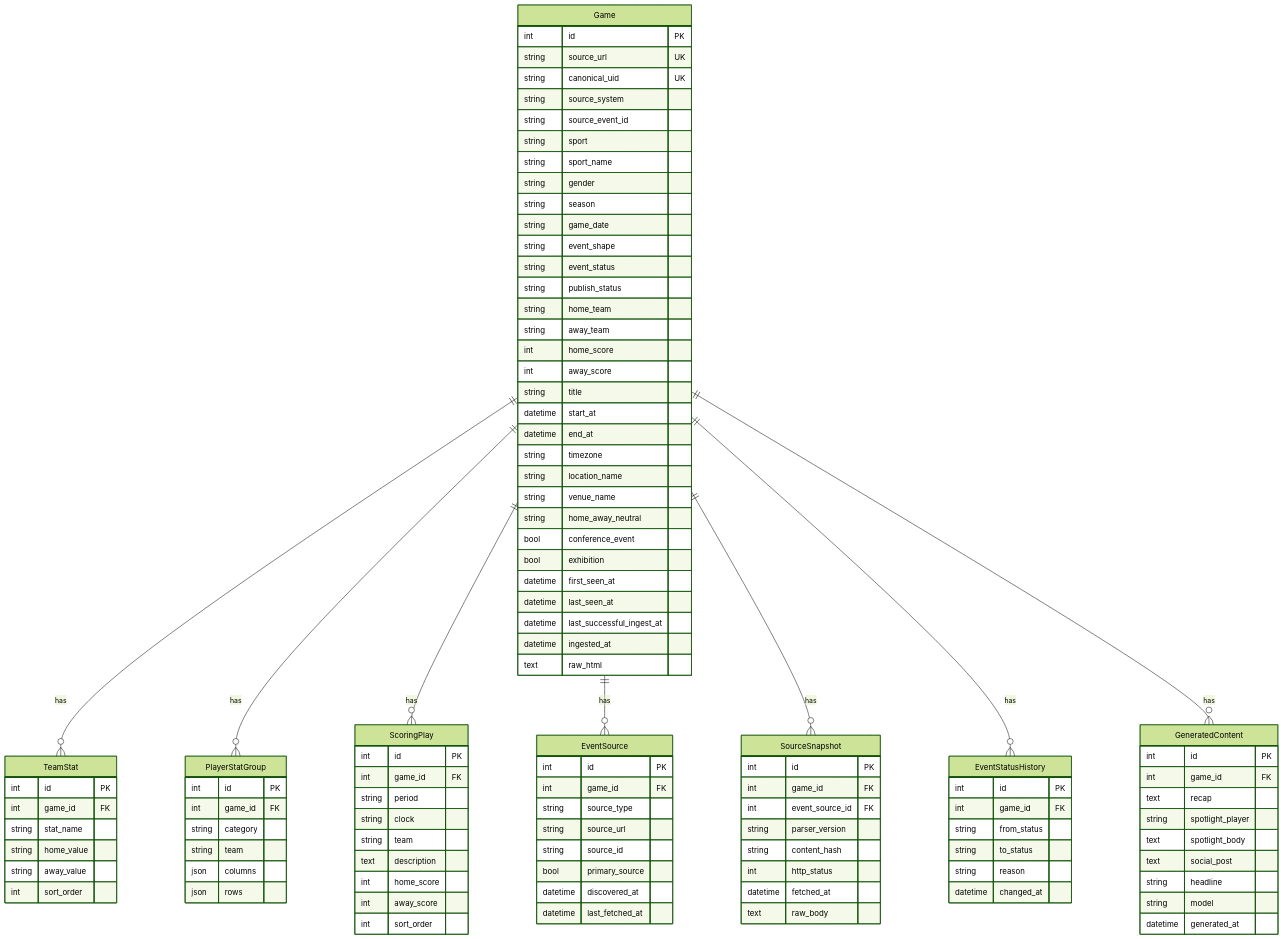
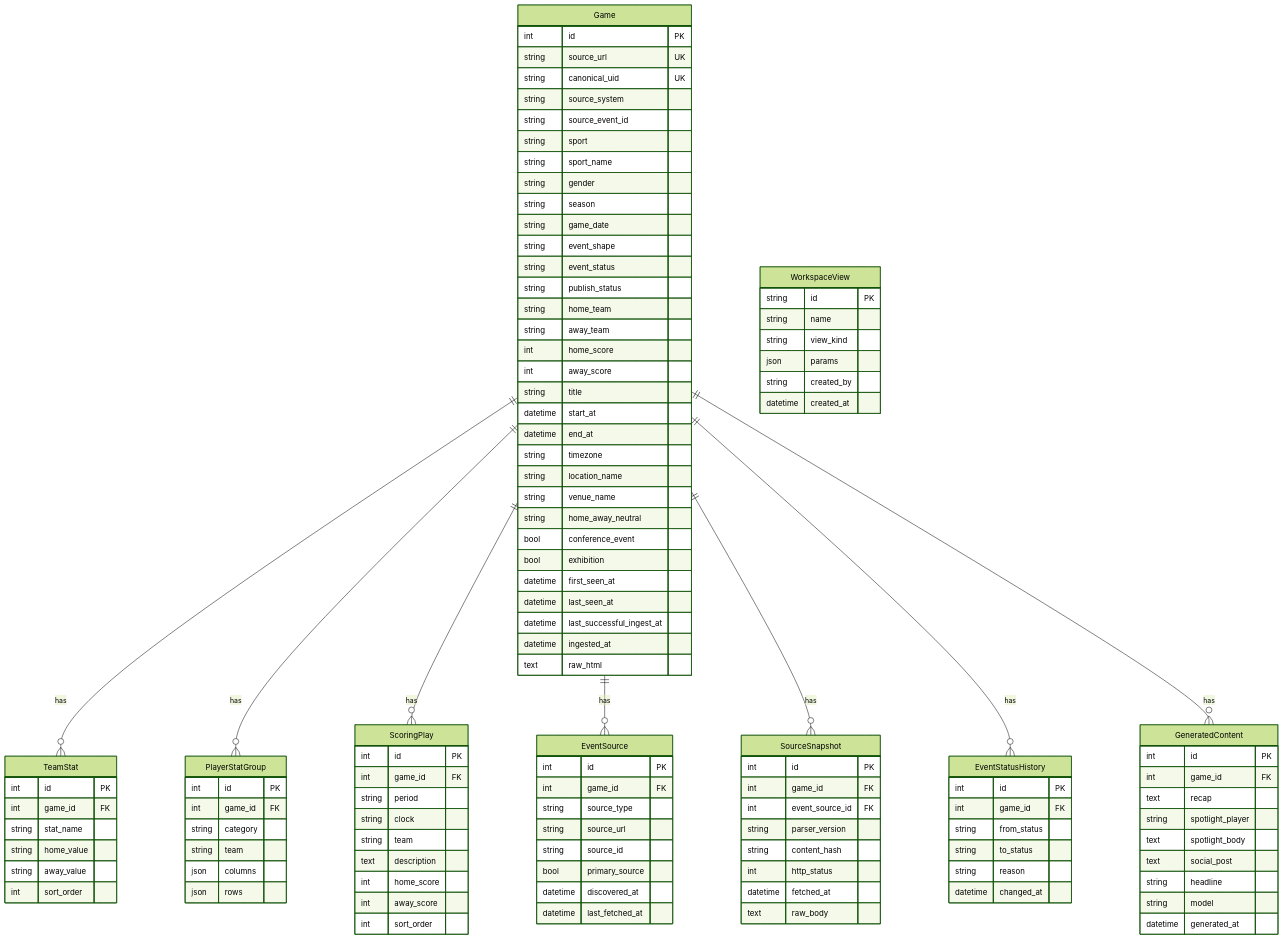
One commit to ui-insight/sidearm-pipeline changed the diagram in docs/architecture/data-model.md. Above: the diagram before and after it, drawn with Mermaid (forest theme). The commit also changed other lines of this file and 19 other files, not shown here.

```diff
--- a/docs/architecture/data-model.md
+++ b/docs/architecture/data-model.md
@@ -31,6 +32,15 @@
     Game ||--o{ SourceSnapshot : has
     Game ||--o{ EventStatusHistory : has
     Game ||--o{ GeneratedContent : has
+
+    WorkspaceView {
+        string id PK
+        string name
+        string view_kind
+        json params
+        string created_by
+        datetime created_at
+    }
 
     Game {
         int id PK
```
